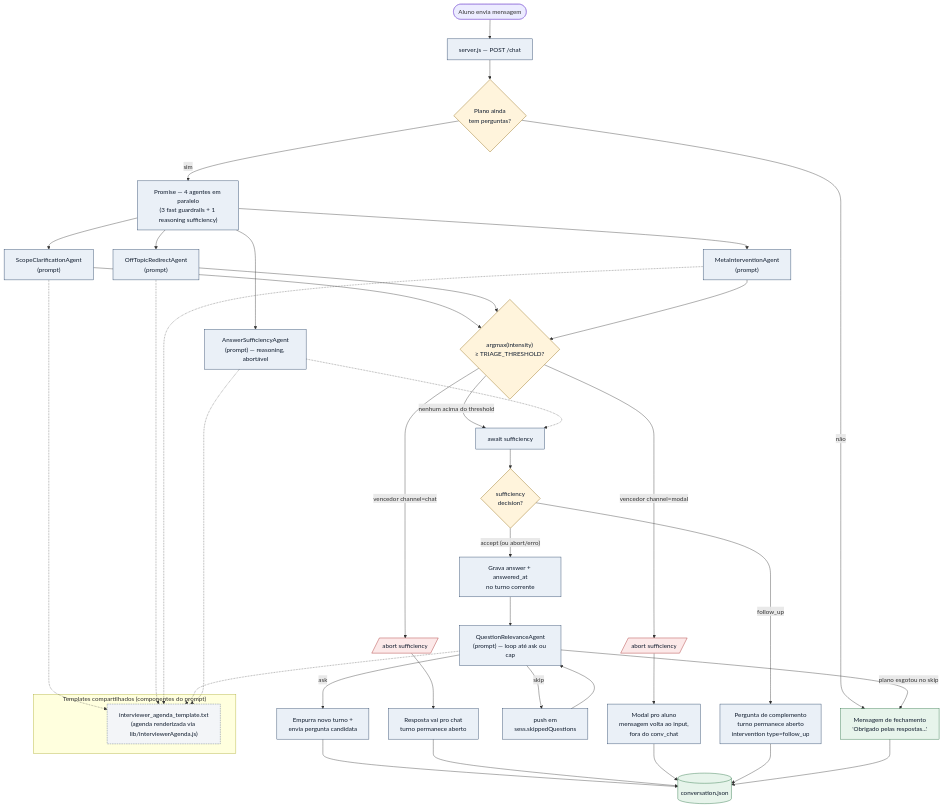
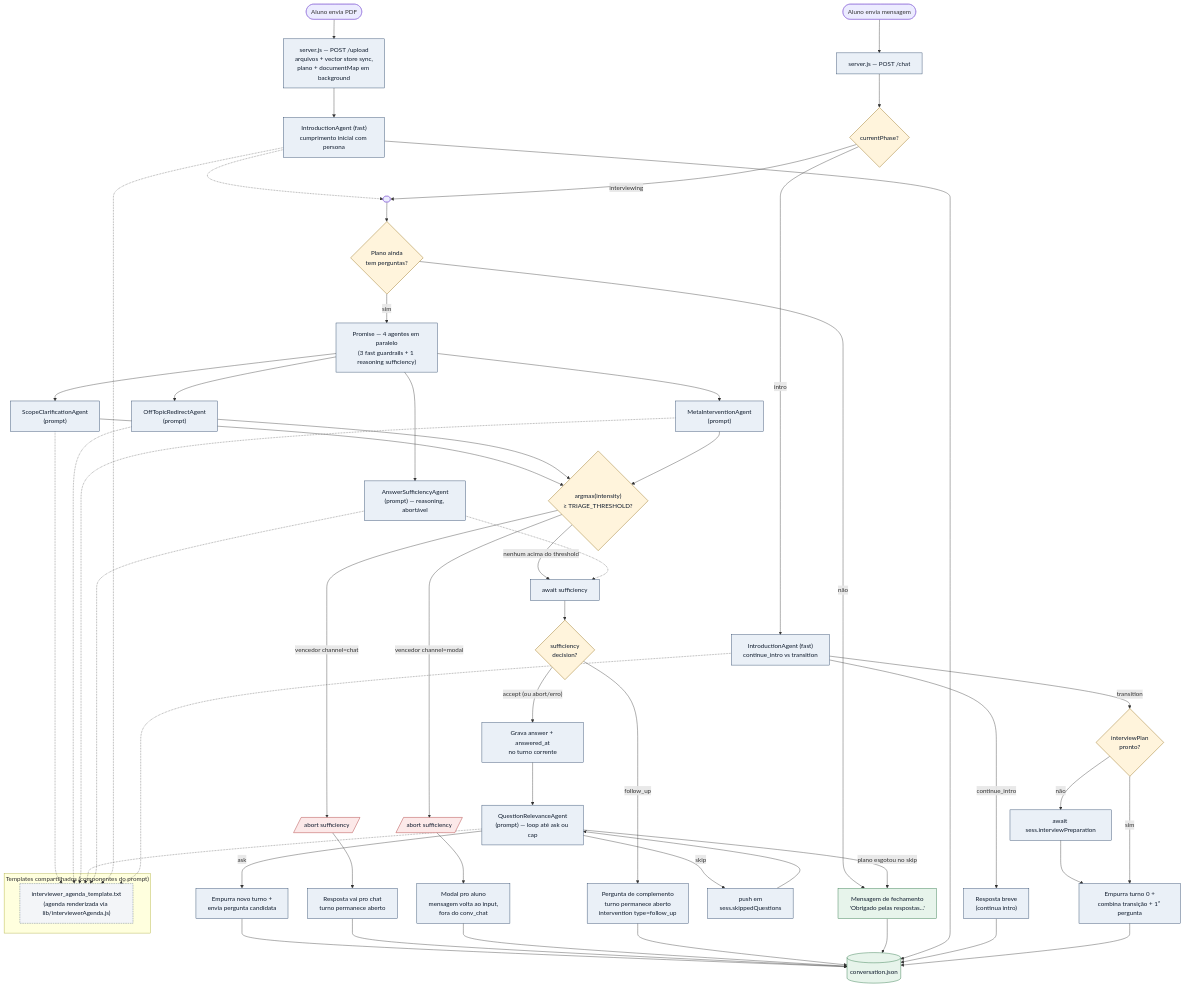
Before and after one commit to gladsjr/super-ta: the diagram in docs/architecture.md, drawn with Mermaid. The commit also changed other lines of this file and 4 other files, not shown here.

````diff
--- a/docs/architecture.md
+++ b/docs/architecture.md
@@ -12,7 +12,18 @@
 ```mermaid
 flowchart TD
+  Upload(["Aluno envia PDF"]) --> UploadHandler["server.js — POST /upload<br/>arquivos + vector store sync,<br/>plano + documentMap em background"]
+  UploadHandler --> IntroGreeting["IntroductionAgent (fast)<br/>cumprimento inicial com persona"]
+  IntroGreeting -.-> StartChat
   Start([Aluno envia mensagem]) --> ChatHandler["server.js — POST /chat"]
-  ChatHandler --> CheckPlan{"Plano ainda<br/>tem perguntas?"}
+  ChatHandler --> PhaseGate{"currentPhase?"}
+  PhaseGate -- "intro" --> IntroLoop["IntroductionAgent (fast)<br/>continue_intro vs transition"]
+  IntroLoop -- "continue_intro" --> StallReply["Resposta breve<br/>(continua intro)"]
+  IntroLoop -- "transition" --> AwaitPlan{"interviewPlan<br/>pronto?"}
+  AwaitPlan -- "não" --> AwaitPrep["await sess.interviewPreparation"]
+  AwaitPrep --> StartTurn0
+  AwaitPlan -- "sim" --> StartTurn0["Empurra turno 0 +<br/>combina transição + 1ª pergunta"]
+  PhaseGate -- "interviewing" --> StartChat([" "])
+  StartChat --> CheckPlan{"Plano ainda<br/>tem perguntas?"}
   CheckPlan -- "não" --> Wrap["Mensagem de fechamento<br/>'Obrigado pelas respostas...'"]
   CheckPlan -- "sim" --> Parallel["Promise — 4 agentes em paralelo<br/>(3 fast guardrails + 1 reasoning sufficiency)"]
 
@@ -48,6 +59,9 @@
   ModalChannel --> Persist
   FollowUp --> Persist
   Wrap --> Persist
+  IntroGreeting --> Persist
+  StallReply --> Persist
+  StartTurn0 --> Persist
 
   subgraph templates ["Templates compartilhados (componentes do prompt)"]
     AgendaTpl["interviewer_agenda_template.txt<br/>(agenda renderizada via lib/interviewerAgenda.js)"]
@@ -58,35 +72,44 @@
   Meta -.-> AgendaTpl
   Relevance -.-> AgendaTpl
   Sufficiency -.-> AgendaTpl
+  IntroGreeting -.-> AgendaTpl
+  IntroLoop -.-> AgendaTpl
 
   classDef link fill:#eaf0f7,stroke:#1e3a5f,color:#0f1b2d;
   classDef sink fill:#e7f4eb,stroke:#1f6c3b,color:#0f1b2d;
   classDef gate fill:#fff4dc,stroke:#8a6100,color:#0f1b2d;
   classDef tpl  fill:#f3f5f8,stroke:#5a6b80,color:#0f1b2d,stroke-dasharray: 4 2;
   classDef abort fill:#fce9e9,stroke:#a42020,color:#0f1b2d;
-  class ChatHandler,Scope,OffTopic,Meta,Sufficiency,Relevance,RecordAnswer,NextQ,SkipLog,ChatChannel,ModalChannel,FollowUp,Parallel,AwaitSuf link
+  class ChatHandler,UploadHandler,IntroGreeting,IntroLoop,StallReply,StartTurn0,AwaitPrep,Scope,OffTopic,Meta,Sufficiency,Relevance,RecordAnswer,NextQ,SkipLog,ChatChannel,ModalChannel,FollowUp,Parallel,AwaitSuf link
   class Persist,Wrap sink
-  class CheckPlan,Pick,SufDecision gate
+  class CheckPlan,Pick,SufDecision,PhaseGate,AwaitPlan gate
   class AgendaTpl tpl
   class AbortSuf1,AbortSuf2 abort
 
-  click ChatHandler "vscode://file/c:/Users/glads/src/super-ta/server.js:975" "Abre o handler /chat"
-  click Parallel "vscode://file/c:/Users/glads/src/super-ta/server.js:1010" "Abre o bloco de lançamento dos 4 agentes em paralelo"
+  click UploadHandler "vscode://file/c:/Users/glads/src/super-ta/server.js:864" "Abre o handler /upload"
+  click IntroGreeting "vscode://file/c:/Users/glads/src/super-ta/agents/IntroductionAgent.js:30" "Abre o systemPrompt do IntroductionAgent (cumprimento)"
+  click IntroLoop "vscode://file/c:/Users/glads/src/super-ta/server.js:1044" "Abre o gate de intro phase no /chat"
+  click PhaseGate "vscode://file/c:/Users/glads/src/super-ta/server.js:1044" "Abre a checagem de currentPhase"
+  click StallReply "vscode://file/c:/Users/glads/src/super-ta/server.js:1081" "Abre o ramo continue_intro"
+  click AwaitPrep "vscode://file/c:/Users/glads/src/super-ta/server.js:1101" "Abre o await da preparação em background"
+  click StartTurn0 "vscode://file/c:/Users/glads/src/super-ta/server.js:1120" "Abre a transição: turno 0 + combinação de mensagens"
+  click ChatHandler "vscode://file/c:/Users/glads/src/super-ta/server.js:1014" "Abre o handler /chat"
+  click Parallel "vscode://file/c:/Users/glads/src/super-ta/server.js:1158" "Abre o bloco de lançamento dos 4 agentes em paralelo"
   click Scope "vscode://file/c:/Users/glads/src/super-ta/agents/ScopeClarificationAgent.js:23" "Abre o systemPrompt do ScopeClarificationAgent"
   click OffTopic "vscode://file/c:/Users/glads/src/super-ta/agents/OffTopicRedirectAgent.js:20" "Abre o systemPrompt do OffTopicRedirectAgent"
   click Meta "vscode://file/c:/Users/glads/src/super-ta/agents/MetaInterventionAgent.js:24" "Abre o systemPrompt do MetaInterventionAgent"
   click Sufficiency "vscode://file/c:/Users/glads/src/super-ta/agents/AnswerSufficiencyAgent.js:33" "Abre o systemPrompt do AnswerSufficiencyAgent"
   click Pick "vscode://file/c:/Users/glads/src/super-ta/server.js:273" "Abre pickTriageWinner"
-  click AbortSuf1 "vscode://file/c:/Users/glads/src/super-ta/server.js:1057" "Abre o abort do sufficiency em winner=chat"
-  click AbortSuf2 "vscode://file/c:/Users/glads/src/super-ta/server.js:1057" "Abre o abort do sufficiency em winner=modal"
-  click AwaitSuf "vscode://file/c:/Users/glads/src/super-ta/server.js:1125" "Abre o await do sufficiency quando triagem não vence"
-  click SufDecision "vscode://file/c:/Users/glads/src/super-ta/server.js:1126" "Abre a decisão accept/follow_up"
-  click FollowUp "vscode://file/c:/Users/glads/src/super-ta/server.js:1126" "Abre o ramo de follow_up"
-  click RecordAnswer "vscode://file/c:/Users/glads/src/super-ta/server.js:1179" "Abre a gravação da answer no turno"
+  click AbortSuf1 "vscode://file/c:/Users/glads/src/super-ta/server.js:1205" "Abre o abort do sufficiency em winner=chat"
+  click AbortSuf2 "vscode://file/c:/Users/glads/src/super-ta/server.js:1205" "Abre o abort do sufficiency em winner=modal"
+  click AwaitSuf "vscode://file/c:/Users/glads/src/super-ta/server.js:1273" "Abre o await do sufficiency quando triagem não vence"
+  click SufDecision "vscode://file/c:/Users/glads/src/super-ta/server.js:1274" "Abre a decisão accept/follow_up"
+  click FollowUp "vscode://file/c:/Users/glads/src/super-ta/server.js:1274" "Abre o ramo de follow_up"
+  click RecordAnswer "vscode://file/c:/Users/glads/src/super-ta/server.js:1327" "Abre a gravação da answer no turno"
   click Relevance "vscode://file/c:/Users/glads/src/super-ta/agents/QuestionRelevanceAgent.js:23" "Abre o systemPrompt do QuestionRelevanceAgent"
-  click SkipLog "vscode://file/c:/Users/glads/src/super-ta/server.js:1196" "Abre o skip-loop no /chat"
+  click SkipLog "vscode://file/c:/Users/glads/src/super-ta/server.js:1344" "Abre o skip-loop no /chat"
   click NextQ "vscode://file/c:/Users/glads/src/super-ta/server.js:187" "Abre turnFromPlanQuestion"
   click Persist "vscode://file/c:/Users/glads/src/super-ta/lib/conversationLog.js" "Abre conversationLog.js"
-  click Wrap "vscode://file/c:/Users/glads/src/super-ta/server.js:1244" "Abre a string da mensagem de fechamento"
+  click Wrap "vscode://file/c:/Users/glads/src/super-ta/server.js:1392" "Abre a string da mensagem de fechamento"
   click AgendaTpl "vscode://file/c:/Users/glads/src/super-ta/config/interviewer_agenda_template.txt" "Abre o template da agenda do entrevistador"
 ```
````
